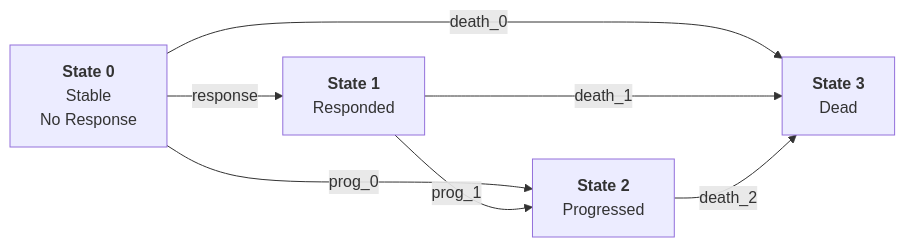
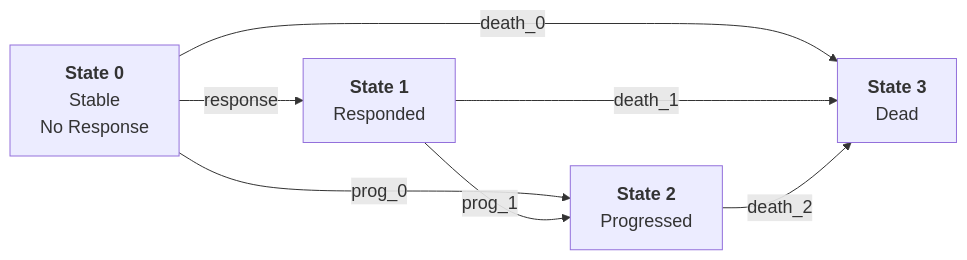
One commit to keaven/gsDesignSkills changed the diagram in ai-skills-gsd.qmd. Above: the diagram before and after it, drawn with Mermaid. The commit also changed other lines of this file and 7 other files, not shown here.

Commit message:
Update skills for gsDesign 3.10.0, gsDesign2 1.1.9, rpact 4.4.0, graphicalMCP 0.2.9; add News page

````diff
--- a/ai-skills-gsd.qmd
+++ b/ai-skills-gsd.qmd
@@ -261,10 +263,11 @@
 ```{mermaid}
-%%| fig-height: 2.5
+%%| fig-height: 3
+%%{init: {'theme': 'default', 'themeVariables': {'fontSize': '18px'}}}%%
 graph LR
   S0["<b>State 0</b><br/>Stable<br/>No Response"] -->|response| S1["<b>State 1</b><br/>Responded"]
   S0 -->|prog_0| S2["<b>State 2</b><br/>Progressed"]
   S0 -->|death_0| S3["<b>State 3</b><br/>Dead"]
   S1 -->|prog_1| S2
   S1 -->|death_1| S3
   S2 -->|death_2| S3
 ```
````
